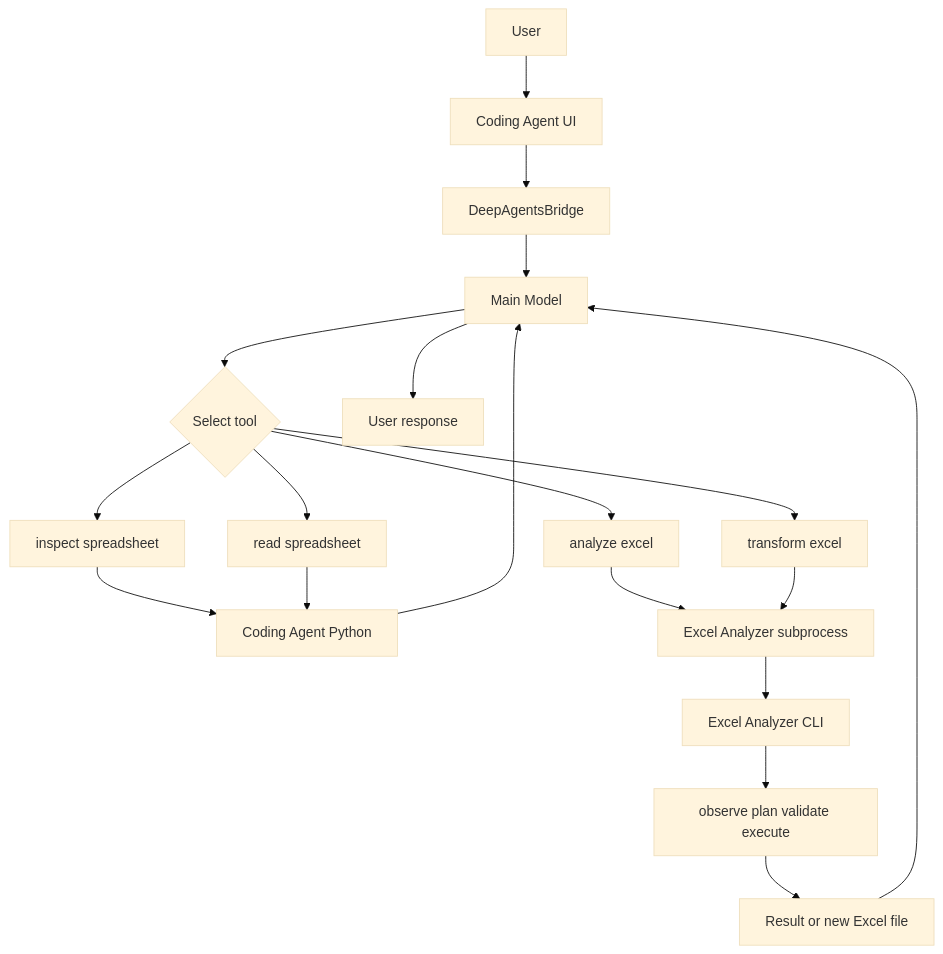
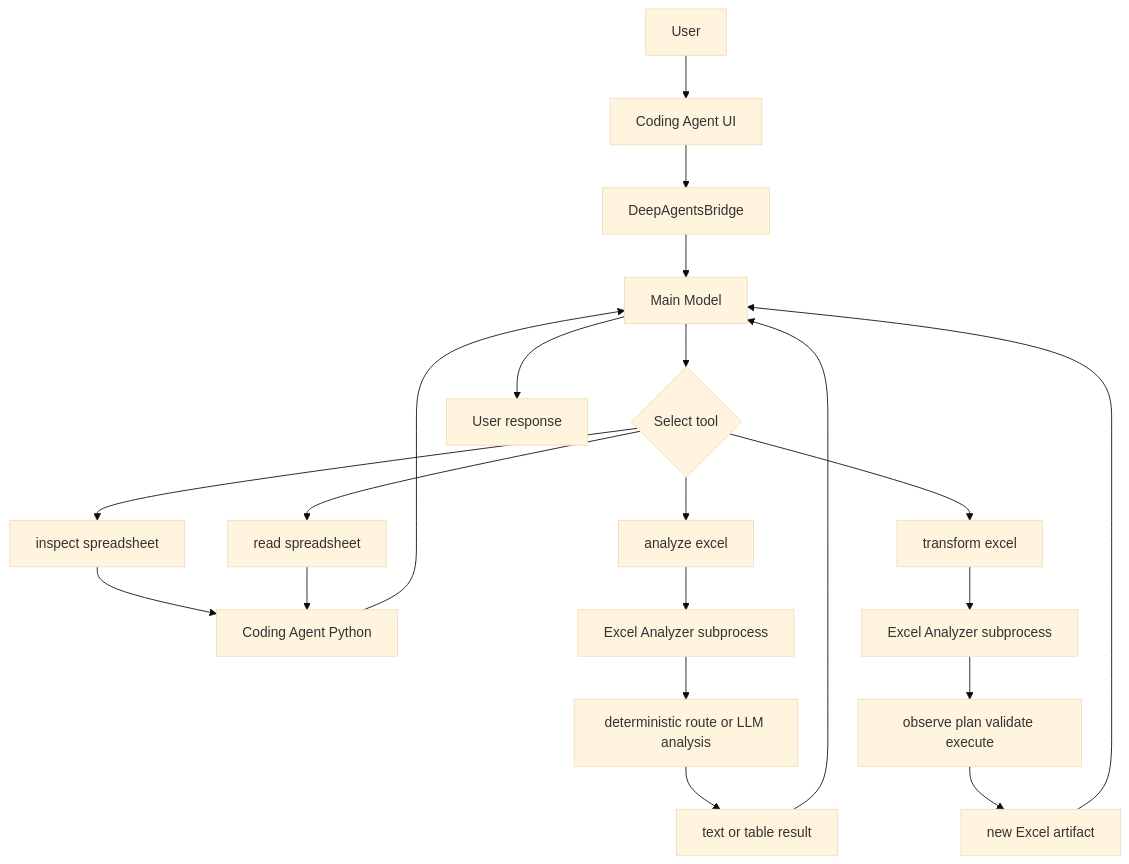
Before and after one commit to Jihei-Boun/excel_ai_analyzer: the diagram in docs/excel_integration_center_director_report.md, drawn with Mermaid (base theme). The commit also changed other lines of this file, not shown here.

````diff
--- a/docs/excel_integration_center_director_report.md
+++ b/docs/excel_integration_center_director_report.md
@@ -44,21 +48,23 @@
 ```mermaid
 graph TD
   U[User] --> UI[Coding Agent UI]
   UI --> BR[DeepAgentsBridge]
   BR --> M[Main Model]
   M --> T{Select tool}
   T --> INS[inspect spreadsheet]
   T --> READ[read spreadsheet]
   T --> AN[analyze excel]
   T --> TR[transform excel]
   INS --> CA[Coding Agent Python]
   READ --> CA
-  AN --> SUB[Excel Analyzer subprocess]
-  TR --> SUB
-  SUB --> CLI[Excel Analyzer CLI]
-  CLI --> PIPE[observe plan validate execute]
-  PIPE --> OUT[Result or new Excel file]
+  AN --> SUBA[Excel Analyzer subprocess]
+  TR --> SUBT[Excel Analyzer subprocess]
+  SUBA --> ANA[deterministic route or LLM analysis]
+  SUBT --> PIPE[observe plan validate execute]
+  ANA --> OUTA[text or table result]
+  PIPE --> OUTT[new Excel artifact]
   CA --> M
-  OUT --> M
+  OUTA --> M
+  OUTT --> M
   M --> U2[User response]
 ```
````
